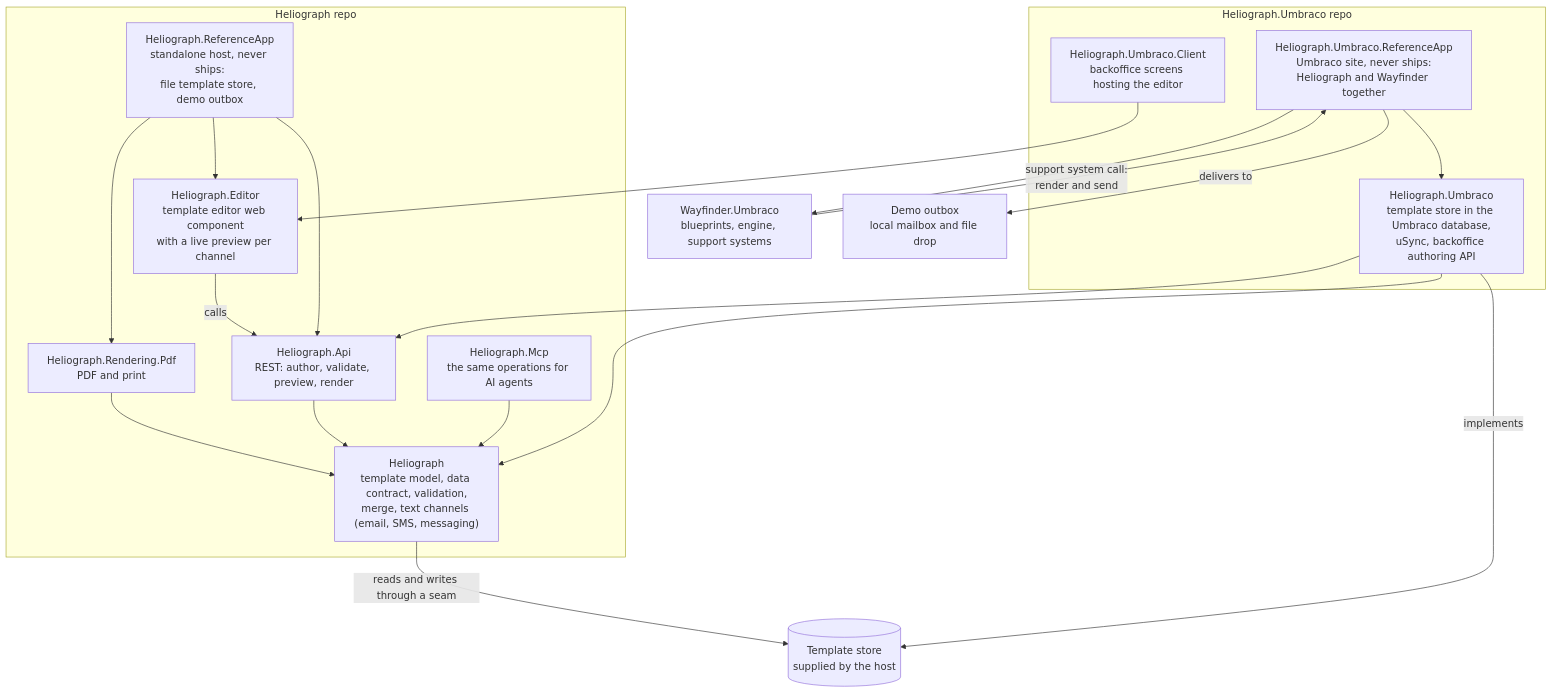
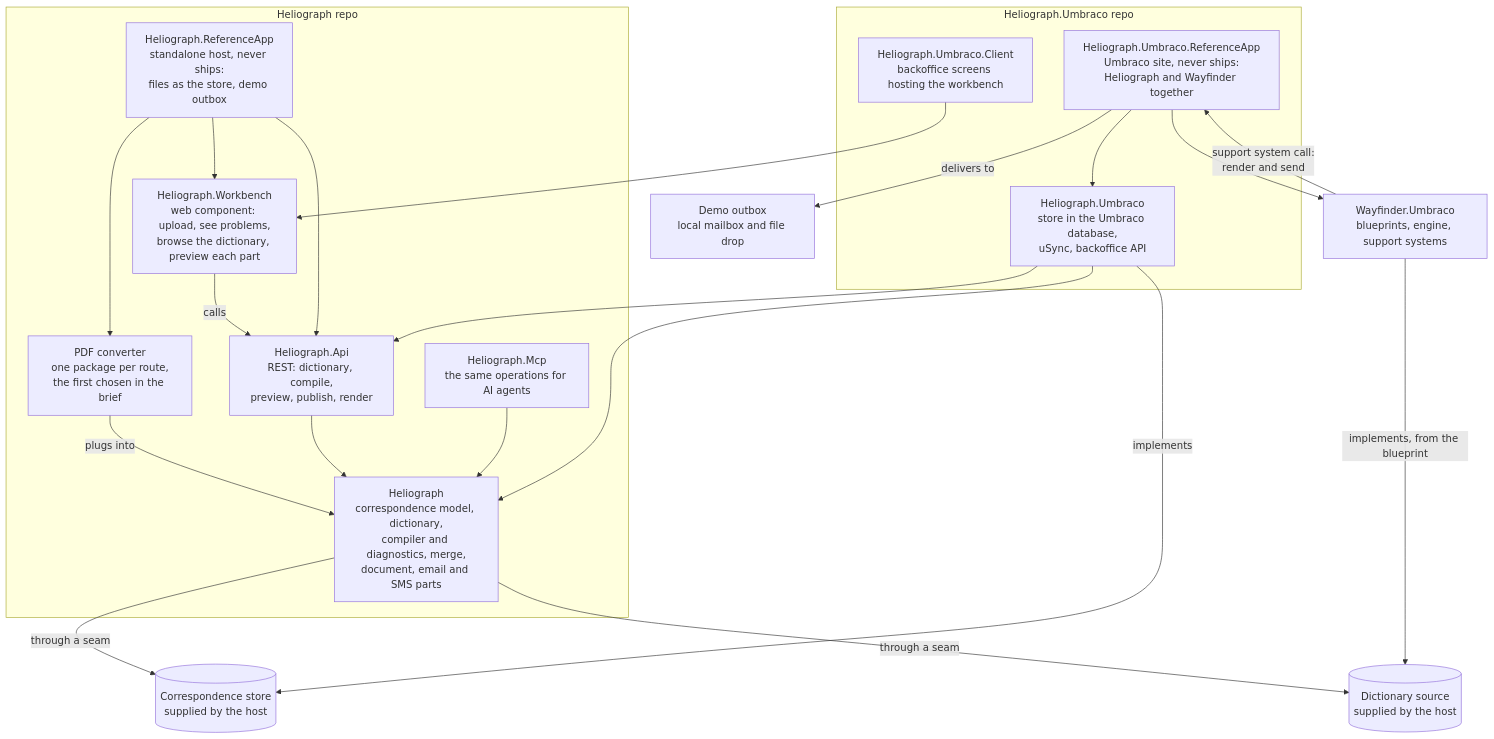
The second of 4 diagrams in docs/architecture.md (jonnymuir/Heliograph), drawn with Mermaid before and after one commit. The commit also changed other lines of this file and 5 other files, not shown here.

````diff
--- a/docs/architecture.md
+++ b/docs/architecture.md
@@ -71,39 +83,42 @@
 ```mermaid
 flowchart TB
   subgraph HG["Heliograph repo"]
-    CORE["Heliograph<br/>template model, data contract, validation,<br/>merge, text channels (email, SMS, messaging)"]
-    PDF["Heliograph.Rendering.Pdf<br/>PDF and print"]
-    API["Heliograph.Api<br/>REST: author, validate, preview, render"]
+    CORE["Heliograph<br/>correspondence model, dictionary,<br/>compiler and diagnostics, merge,<br/>document, email and SMS parts"]
+    PDF["PDF converter<br/>one package per route,<br/>the first chosen in the brief"]
+    API["Heliograph.Api<br/>REST: dictionary, compile,<br/>preview, publish, render"]
     MCP["Heliograph.Mcp<br/>the same operations for AI agents"]
-    ED["Heliograph.Editor<br/>template editor web component<br/>with a live preview per channel"]
-    REF["Heliograph.ReferenceApp<br/>standalone host, never ships:<br/>file template store, demo outbox"]
+    WB["Heliograph.Workbench<br/>web component: upload, see problems,<br/>browse the dictionary, preview each part"]
+    REF["Heliograph.ReferenceApp<br/>standalone host, never ships:<br/>files as the store, demo outbox"]
   end
 
   subgraph HU["Heliograph.Umbraco repo"]
-    UPKG["Heliograph.Umbraco<br/>template store in the Umbraco database,<br/>uSync, backoffice authoring API"]
-    UCL["Heliograph.Umbraco.Client<br/>backoffice screens hosting the editor"]
+    UPKG["Heliograph.Umbraco<br/>store in the Umbraco database,<br/>uSync, backoffice API"]
+    UCL["Heliograph.Umbraco.Client<br/>backoffice screens hosting the workbench"]
     UREF["Heliograph.Umbraco.ReferenceApp<br/>Umbraco site, never ships:<br/>Heliograph and Wayfinder together"]
   end
 
   WFU["Wayfinder.Umbraco<br/>blueprints, engine, support systems"]
-  STORE[("Template store<br/>supplied by the host")]
+  STORE[("Correspondence store<br/>supplied by the host")]
+  DICT[("Dictionary source<br/>supplied by the host")]
   OUT["Demo outbox<br/>local mailbox and file drop"]
 
-  PDF --> CORE
+  PDF -- "plugs into" --> CORE
   API --> CORE
   MCP --> CORE
-  ED -- "calls" --> API
+  WB -- "calls" --> API
   REF --> API
-  REF --> ED
+  REF --> WB
   REF --> PDF
-  CORE -- "reads and writes through a seam" --> STORE
+  CORE -- "through a seam" --> STORE
+  CORE -- "through a seam" --> DICT
 
   UPKG --> CORE
   UPKG --> API
   UPKG -- "implements" --> STORE
-  UCL --> ED
+  UCL --> WB
   UREF --> UPKG
   UREF --> WFU
+  WFU -- "implements, from the blueprint" --> DICT
   WFU -- "support system call:<br/>render and send" --> UREF
   UREF -- "delivers to" --> OUT
 ```
````
